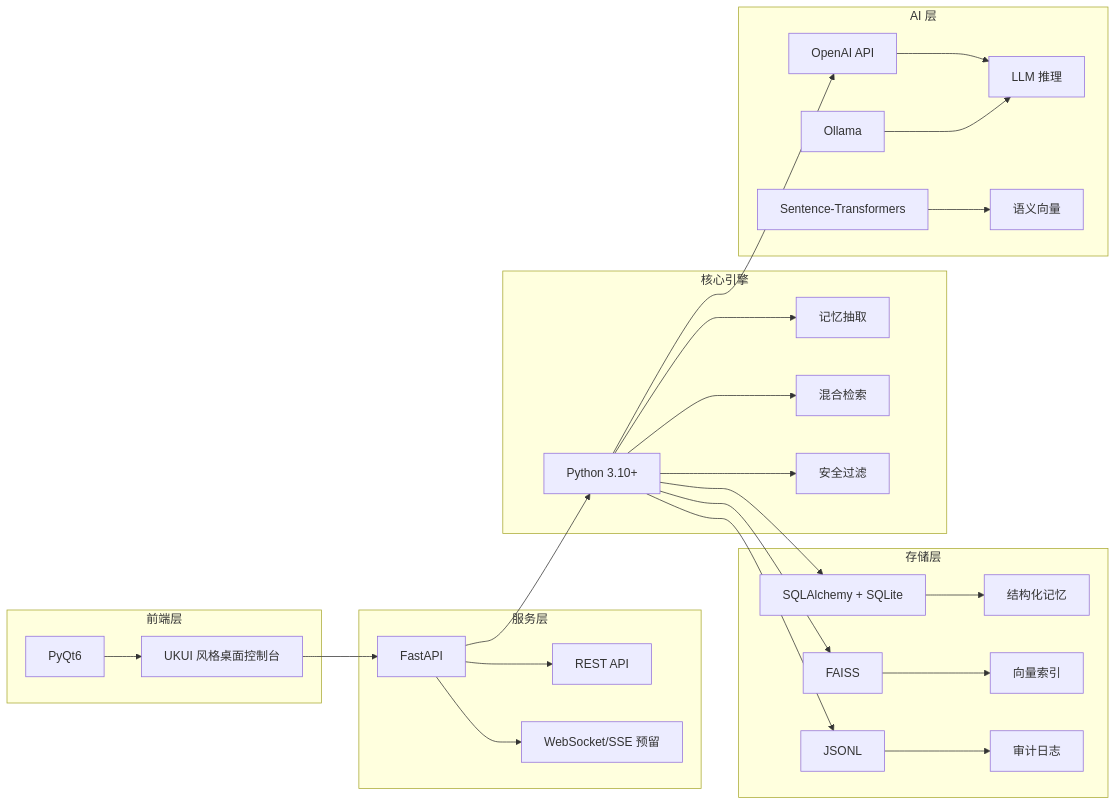
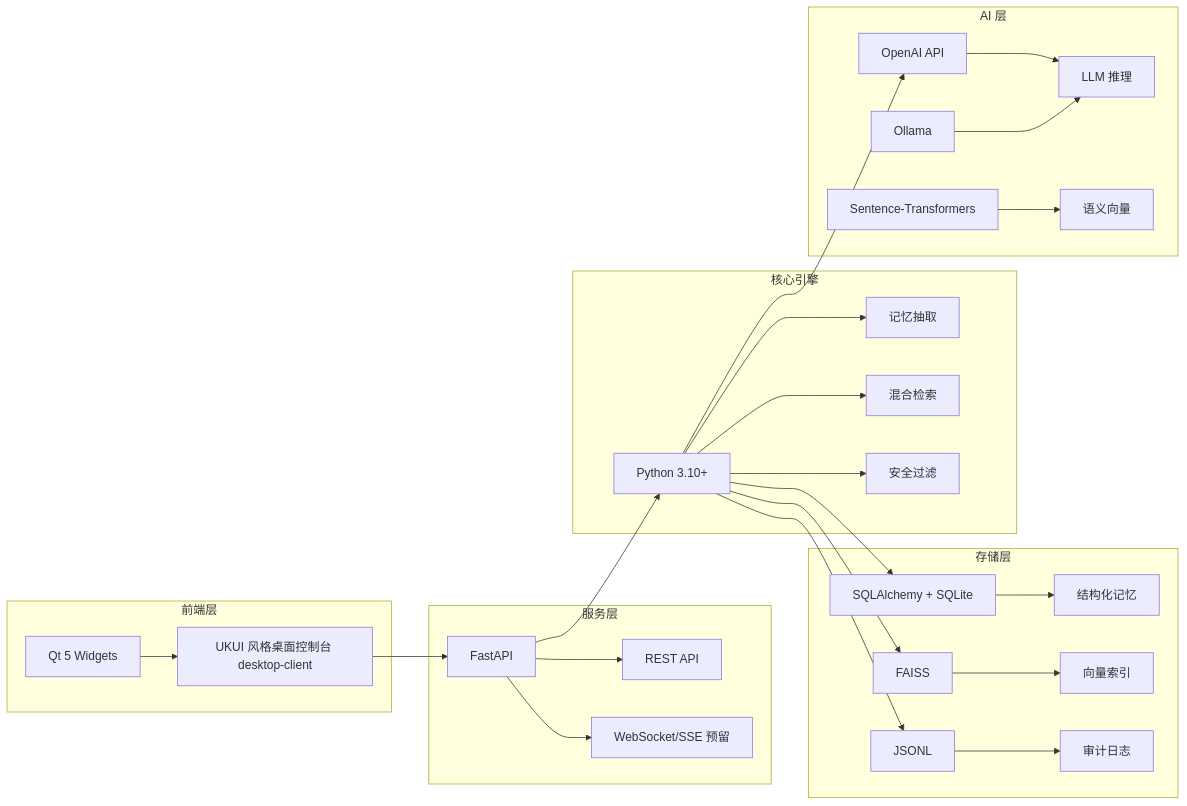
One commit to pyzw618/XA202612-2 changed the first of 10 diagrams in docs/TECHNICAL_SUMMARY.md. Above: the diagram before and after it, drawn with Mermaid. The commit also changed other lines of this file and 41 other files, not shown here.

````diff
--- a/docs/TECHNICAL_SUMMARY.md
+++ b/docs/TECHNICAL_SUMMARY.md
@@ -43,31 +43,31 @@
 ```mermaid
 graph LR
     subgraph 前端层
-        A[PyQt6] --> B[UKUI 风格桌面控制台]
+        A[Qt 5 Widgets] --> B[UKUI 风格桌面控制台 desktop-client]
     end
     subgraph 服务层
         C[FastAPI] --> D[REST API]
         C --> E[WebSocket/SSE 预留]
     end
     subgraph 核心引擎
         F[Python 3.10+] --> G[记忆抽取]
         F --> H[混合检索]
         F --> I[安全过滤]
     end
     subgraph 存储层
         J[SQLAlchemy + SQLite] --> K[结构化记忆]
         L[FAISS] --> M[向量索引]
         N[JSONL] --> O[审计日志]
     end
     subgraph AI 层
         P[OpenAI API] --> Q[LLM 推理]
         R[Ollama] --> Q
         S[Sentence-Transformers] --> T[语义向量]
     end
     B --> C
     C --> F
     F --> J
     F --> L
     F --> N
     F --> P
 ```
````
